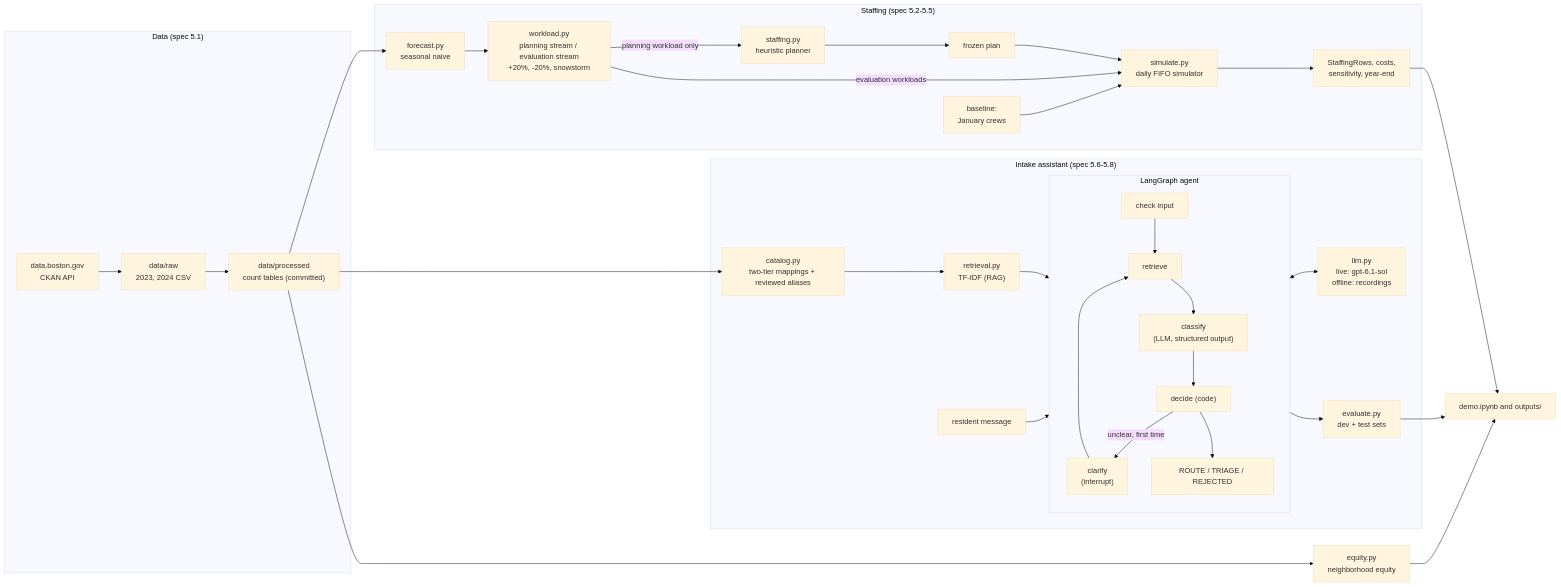
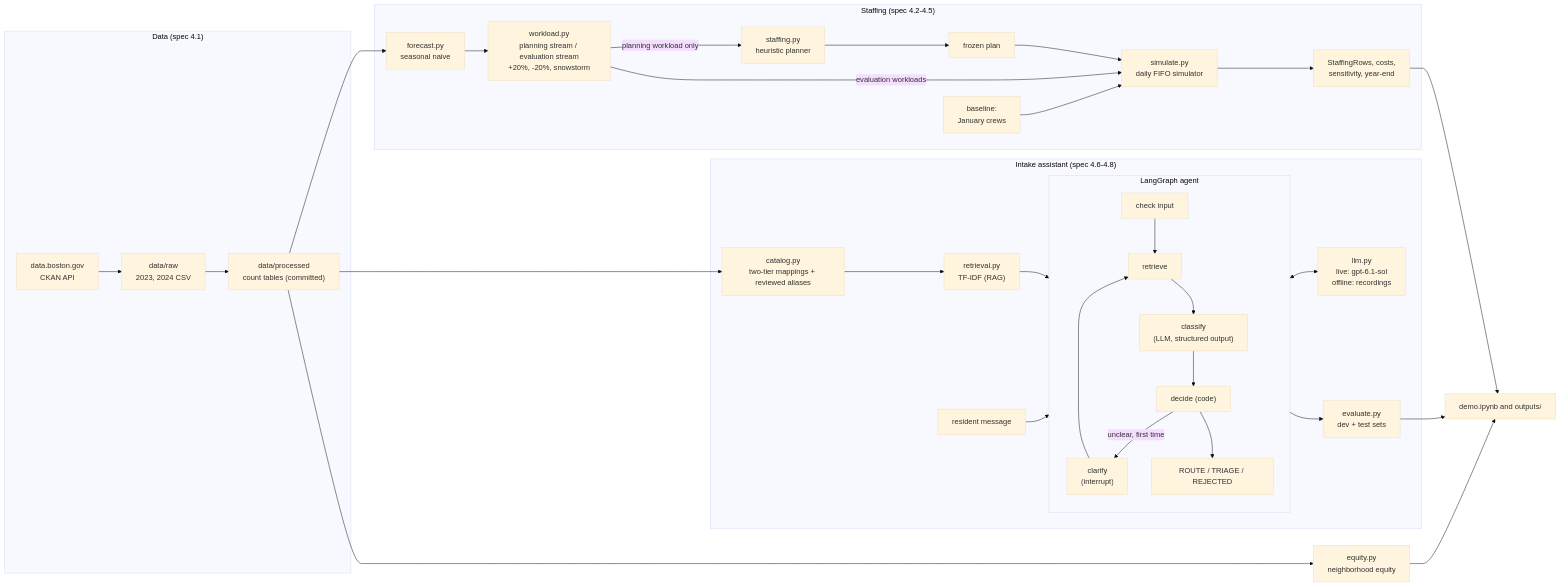
The diagram in README.md (jwebbnova2026/DADS5250Group09), drawn with Mermaid (base theme) before and after one commit. The commit also changed other lines of this file and 25 other files, not shown here.

First line of the commit message:
Simplify the architecture and renumber its sections

````diff
--- a/README.md
+++ b/README.md
@@ -91,34 +91,34 @@
 ```mermaid
 flowchart LR
-    subgraph Data["Data (spec 5.1)"]
+    subgraph Data["Data (spec 4.1)"]
         API["data.boston.gov<br/>CKAN API"] --> RAW["data/raw<br/>2023, 2024 CSV"]
         RAW --> PROC["data/processed<br/>count tables (committed)"]
     end
-    subgraph Plan["Staffing (spec 5.2-5.5)"]
+    subgraph Plan["Staffing (spec 4.2-4.5)"]
         PROC --> FC["forecast.py<br/>seasonal naive"]
         FC --> WL["workload.py<br/>planning stream / evaluation stream<br/>+20%, -20%, snowstorm"]
         WL -- planning workload only --> PL["staffing.py<br/>heuristic planner"]
         PL --> FROZEN["frozen plan"]
         FROZEN --> SC["simulate.py<br/>daily FIFO simulator"]
         WL -- evaluation workloads --> SC
         BASE["baseline:<br/>January crews"] --> SC
         SC --> ROWS["StaffingRows, costs,<br/>sensitivity, year-end"]
     end
-    subgraph Intake["Intake assistant (spec 5.6-5.8)"]
+    subgraph Intake["Intake assistant (spec 4.6-4.8)"]
         PROC --> CAT["catalog.py<br/>two-tier mappings + reviewed aliases"]
         CAT --> RET["retrieval.py<br/>TF-IDF (RAG)"]
         MSG["resident message"] --> G
         subgraph G["LangGraph agent"]
             direction TB
             CI["check input"] --> R["retrieve"] --> CL["classify<br/>(LLM, structured output)"] --> D["decide (code)"]
             D -- unclear, first time --> Q["clarify<br/>(interrupt)"] --> R
             D --> OUT["ROUTE / TRIAGE / REJECTED"]
         end
         RET --> R
         CL <--> LLM["llm.py<br/>live: gpt-6.1-sol<br/>offline: recordings"]
         OUT --> EV["evaluate.py<br/>dev + test sets"]
     end
     ROWS --> NB["demo.ipynb and outputs/"]
     EV --> NB
     PROC --> EQ["equity.py<br/>neighborhood equity"] --> NB
 ```
````
